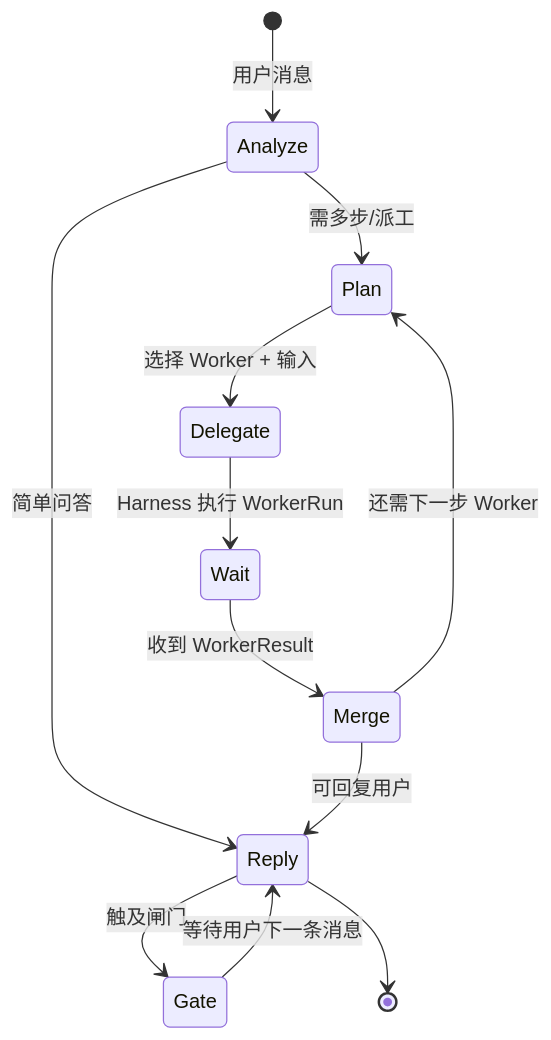
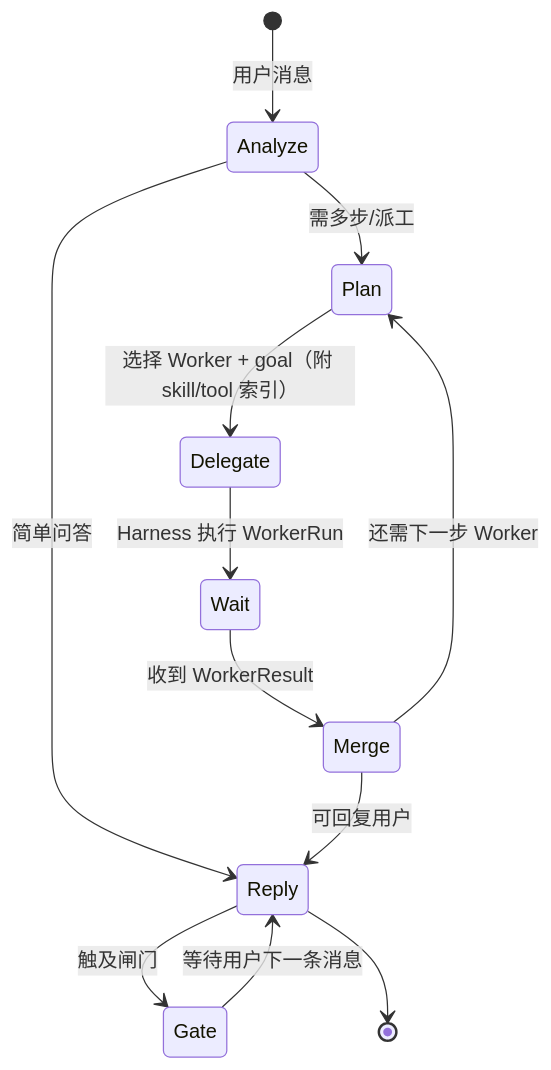
The second of 4 diagrams in docs/architecture/01-协调者与Worker.md (CatNum/AI-Optimized-Resume-V2), drawn with Mermaid before and after one commit. The commit also changed other lines of this file and 10 other files, not shown here.

First line of the commit message:
docs(architecture): 完善架构与 PRD 对齐协调者/Worker 分工

````diff
--- a/docs/architecture/01-协调者与Worker.md
+++ b/docs/architecture/01-协调者与Worker.md
@@ -51,14 +54,14 @@
 ```mermaid
 stateDiagram-v2
   [*] --> Analyze: 用户消息
   Analyze --> Plan: 需多步/派工
   Analyze --> Reply: 简单问答
-  Plan --> Delegate: 选择 Worker + 输入
+  Plan --> Delegate: 选择 Worker + goal（附 skill/tool 索引）
   Delegate --> Wait: Harness 执行 WorkerRun
   Wait --> Merge: 收到 WorkerResult
   Merge --> Plan: 还需下一步 Worker
   Merge --> Reply: 可回复用户
   Reply --> Gate: 触及闸门
   Gate --> Reply: 等待用户下一条消息
   Reply --> [*]
 ```
````
